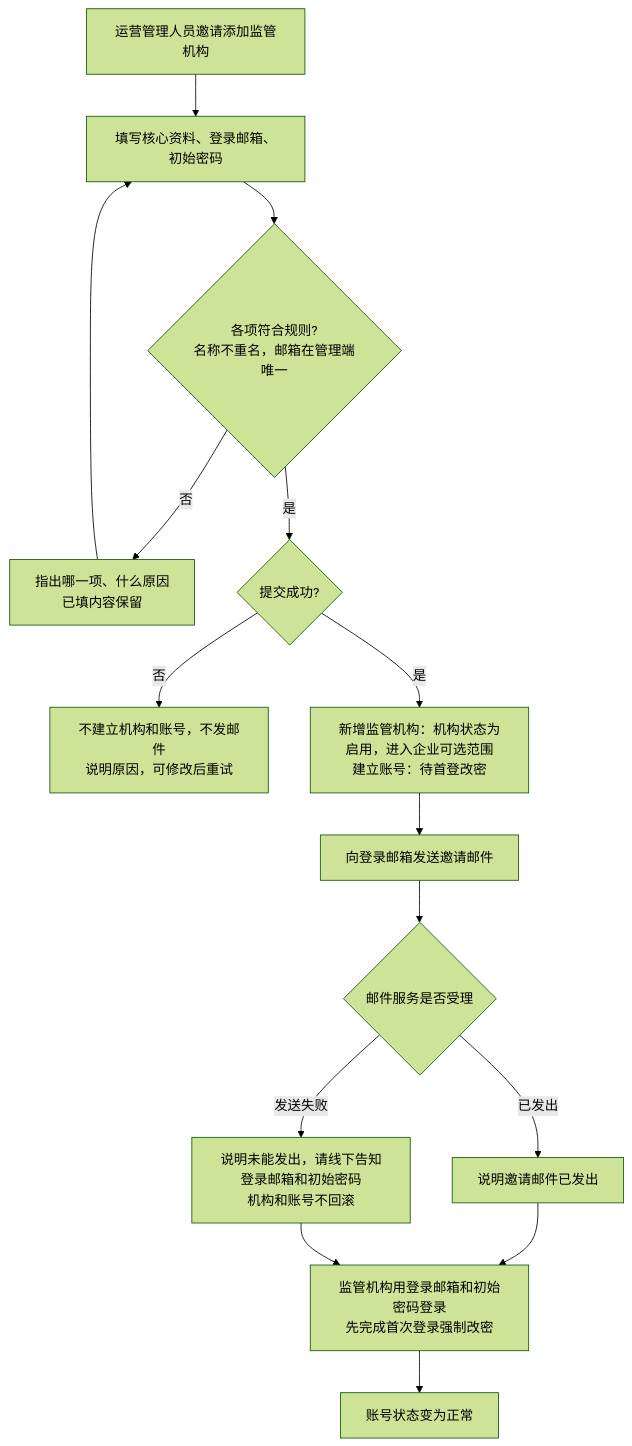
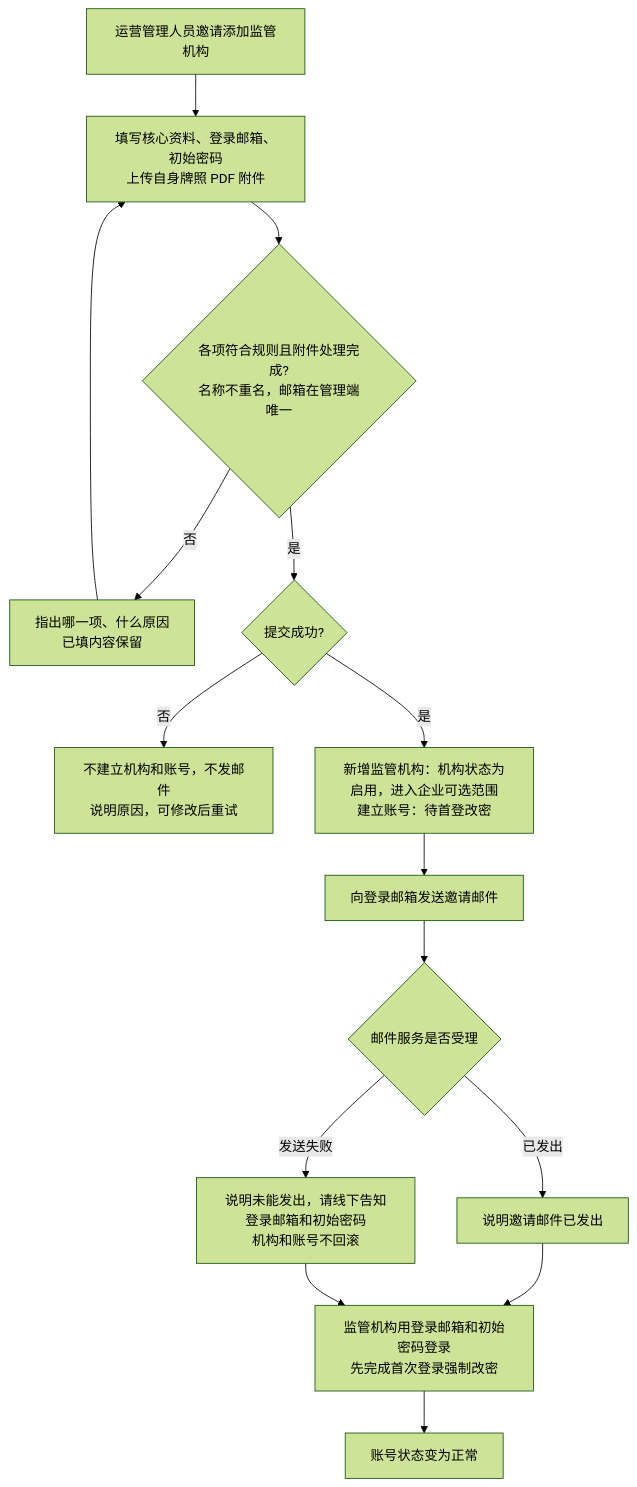
The first of 5 diagrams in token-issuance-platform/PRD/v1.0-监管机构管理-流程图与状态机.md (wxblockchain/Chain-Financing), drawn with Mermaid (forest theme) before and after one commit. The commit also changed other lines of this file and 3 other files, not shown here.

````diff
--- a/token-issuance-platform/PRD/v1.0-监管机构管理-流程图与状态机.md
+++ b/token-issuance-platform/PRD/v1.0-监管机构管理-流程图与状态机.md
@@ -21,17 +22,17 @@
 ```mermaid
 flowchart TD
-    A[运营管理人员邀请添加监管机构] --> B[填写核心资料、登录邮箱、初始密码]
-    B --> C{各项符合规则?<br/>名称不重名，邮箱在管理端唯一}
+    A[运营管理人员邀请添加监管机构] --> B[填写核心资料、登录邮箱、初始密码<br/>上传自身牌照 PDF 附件]
+    B --> C{各项符合规则且附件处理完成?<br/>名称不重名，邮箱在管理端唯一}
     C -->|否| C1[指出哪一项、什么原因<br/>已填内容保留]
     C1 --> B
     C -->|是| D{提交成功?}
     D -->|否| D1[不建立机构和账号，不发邮件<br/>说明原因，可修改后重试]
     D -->|是| E[新增监管机构：机构状态为启用，进入企业可选范围<br/>建立账号：待首登改密]
     E --> F[向登录邮箱发送邀请邮件]
     F --> G{邮件服务是否受理}
     G -->|已发出| G1[说明邀请邮件已发出]
     G -->|发送失败| G2[说明未能发出，请线下告知登录邮箱和初始密码<br/>机构和账号不回滚]
     G1 --> H[监管机构用登录邮箱和初始密码登录<br/>先完成首次登录强制改密]
     G2 --> H
     H --> I[账号状态变为正常]
 ```
````
